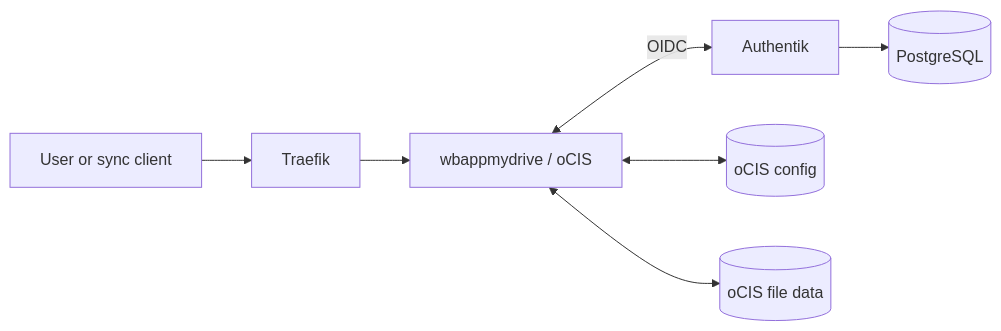
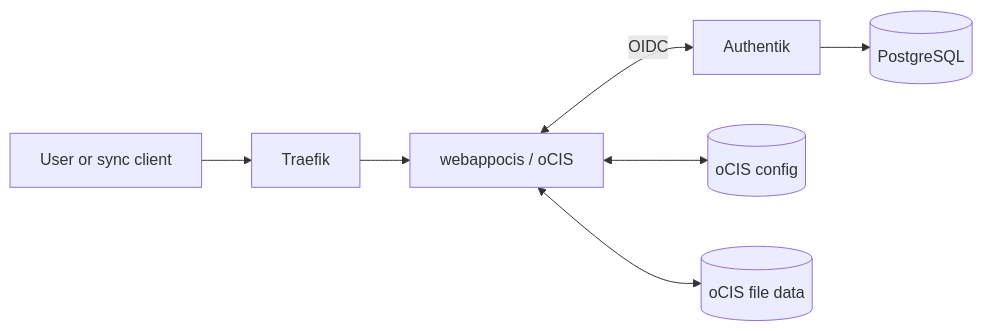
One commit to yongxinL/servicehub changed the second of 7 diagrams in docs/architecture/DATA-FLOW.md. Above: the diagram before and after it, drawn with Mermaid. The commit also changed other lines of this file and 52 other files, not shown here.

````diff
--- a/docs/architecture/DATA-FLOW.md
+++ b/docs/architecture/DATA-FLOW.md
@@ -64,9 +64,9 @@
 ```mermaid
 flowchart LR
     U[User or sync client] --> T[Traefik]
-    T --> O[wbappmydrive / oCIS]
+    T --> O[webappocis / oCIS]
     O <-->|OIDC| A[Authentik]
     A --> P[(PostgreSQL)]
     O <--> C[(oCIS config)]
     O <--> D[(oCIS file data)]
 ```
````
